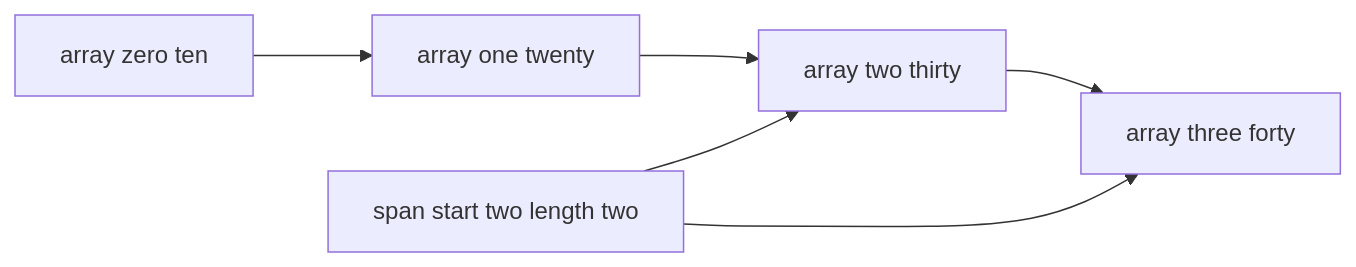
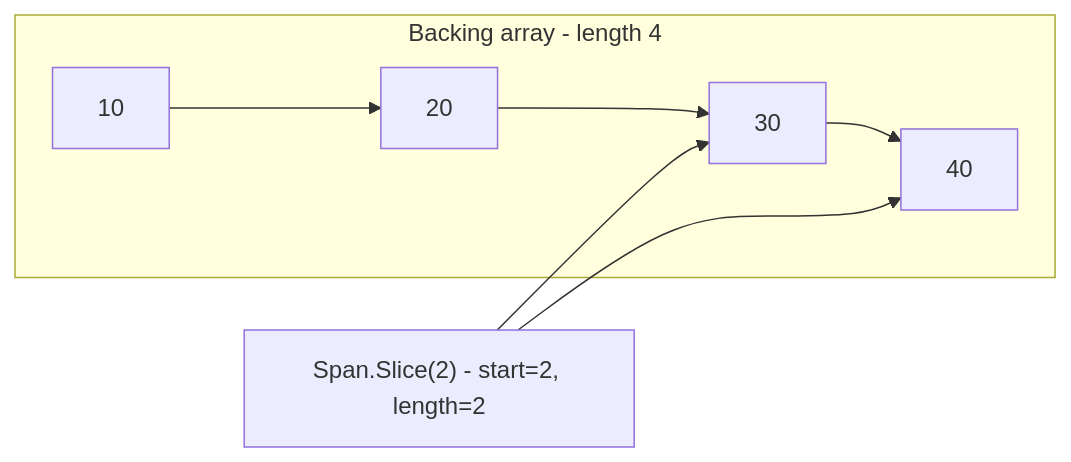
One commit to grafanaKibana/devbook.zip changed the diagram in Vault/Software Engineering/02 Computer Science/Data Structures/Span.md. Above: the diagram before and after it, drawn with Mermaid. The commit also changed other lines of this file and 11 other files, not shown here.

````diff
--- a/Vault/Software Engineering/02 Computer Science/Data Structures/Span.md
+++ b/Vault/Software Engineering/02 Computer Science/Data Structures/Span.md
@@ -25,6 +19,8 @@
 ```mermaid
 graph LR
-    A[array zero ten] --> B[array one twenty] --> C[array two thirty] --> D[array three forty]
-    S[span start two length two] --> C
-    S --> D
+    subgraph arr[Backing array - length 4]
+      A0[10] --> A1[20] --> A2[30] --> A3[40]
+    end
+    S["Span.Slice(2) - start=2, length=2"] --> A2
+    S --> A3
 ```
````
